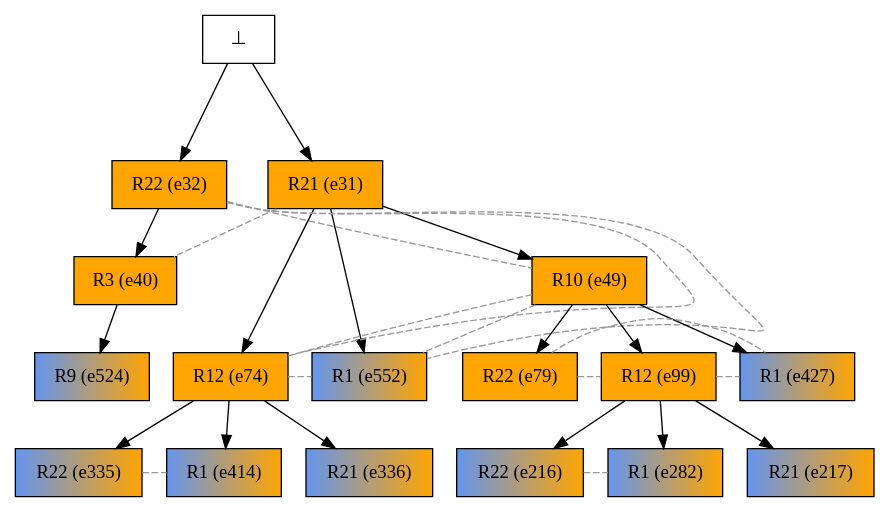
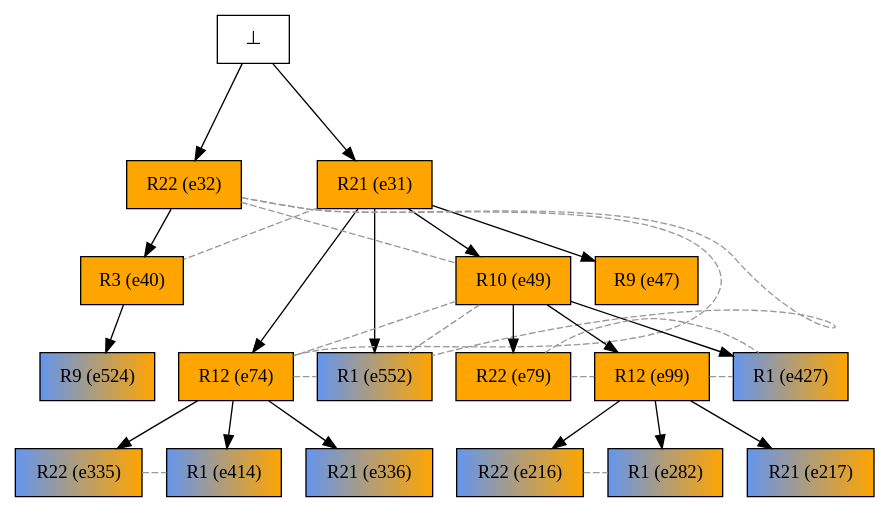
Before and after one commit to giannkas/ecofolder: the diagram in examples/oursin_tasmanie/mrk_instances/urc2alg+/sorted/tasmanie_urc2alg_10-18confs/tasmanie_urc2alg_10-18confs_pathway.dot, drawn with Graphviz. The commit also changed 36 other files, not shown here.

```diff
--- a/examples/oursin_tasmanie/mrk_instances/urc2alg+/sorted/tasmanie_urc2alg_10-18confs/tasmanie_urc2alg_10-18confs_pathway.dot
+++ b/examples/oursin_tasmanie/mrk_instances/urc2alg+/sorted/tasmanie_urc2alg_10-18confs/tasmanie_urc2alg_10-18confs_pathway.dot
@@ -1,51 +1,53 @@
 digraph test {
 
 //conflicts
   e31 -> e40 [arrowhead=none color=gray60 style=dashed constraint=false];
   e32 -> e49 [arrowhead=none color=gray60 style=dashed constraint=false];
   e32 -> e74 [arrowhead=none color=gray60 style=dashed constraint=false];
   e32 -> e552 [arrowhead=none color=gray60 style=dashed constraint=false];
   e49 -> e74 [arrowhead=none color=gray60 style=dashed constraint=false];
   e49 -> e552 [arrowhead=none color=gray60 style=dashed constraint=false];
   e74 -> e552 [arrowhead=none color=gray60 style=dashed constraint=false];
   e79 -> e99 [arrowhead=none color=gray60 style=dashed constraint=false];
   e79 -> e427 [arrowhead=none color=gray60 style=dashed constraint=false];
   e99 -> e427 [arrowhead=none color=gray60 style=dashed constraint=false];
   e216 -> e282 [arrowhead=none color=gray60 style=dashed constraint=false];
   e335 -> e414 [arrowhead=none color=gray60 style=dashed constraint=false];
 
+  e31 -> e47 [minlen=1];
   e49 -> e79 [minlen=1];
   e31 -> e49 [minlen=1];
   e99 -> e216 [minlen=1];
   e49 -> e99 [minlen=1];
   e99 -> e217 [minlen=1];
   e99 -> e282 [minlen=1];
   e74 -> e335 [minlen=1];
   e31 -> e74 [minlen=2];
   e74 -> e336 [minlen=1];
   e74 -> e414 [minlen=1];
   e49 -> e427 [minlen=1];
   e40 -> e524 [minlen=1];
   e32 -> e40 [minlen=1];
   e31 -> e552 [minlen=2];
   e0 -> e31 [minlen=2];
   e0 -> e32 [minlen=2];
 
   e31 [color="black" fillcolor="orange:orange" label="R21 (e31)" shape=box style=filled];
   e32 [color="black" fillcolor="orange:orange" label="R22 (e32)" shape=box style=filled];
   e40 [color="black" fillcolor="orange:orange" label="R3 (e40)" shape=box style=filled];
+  e47 [color="black" fillcolor="orange:orange" label="R9 (e47)" shape=box style=filled];
   e49 [color="black" fillcolor="orange:orange" label="R10 (e49)" shape=box style=filled];
   e74 [color="black" fillcolor="orange:orange" label="R12 (e74)" shape=box style=filled];
   e79 [color="black" fillcolor="orange:orange" label="R22 (e79)" shape=box style=filled];
   e99 [color="black" fillcolor="orange:orange" label="R12 (e99)" shape=box style=filled];
   e216 [color="black" fillcolor="cornflowerblue:orange" label="R22 (e216)" shape=box style=filled];
   e217 [color="black" fillcolor="cornflowerblue:orange" label="R21 (e217)" shape=box style=filled];
   e282 [color="black" fillcolor="cornflowerblue:orange" label="R1 (e282)" shape=box style=filled];
   e335 [color="black" fillcolor="cornflowerblue:orange" label="R22 (e335)" shape=box style=filled];
   e336 [color="black" fillcolor="cornflowerblue:orange" label="R21 (e336)" shape=box style=filled];
   e414 [color="black" fillcolor="cornflowerblue:orange" label="R1 (e414)" shape=box style=filled];
   e427 [color="black" fillcolor="cornflowerblue:orange" label="R1 (e427)" shape=box style=filled];
   e524 [color="black" fillcolor="cornflowerblue:orange" label="R9 (e524)" shape=box style=filled];
   e552 [color="black" fillcolor="cornflowerblue:orange" label="R1 (e552)" shape=box style=filled];
   e0 [fillcolor="white" label="⊥" shape=box style=filled];
 }
```
